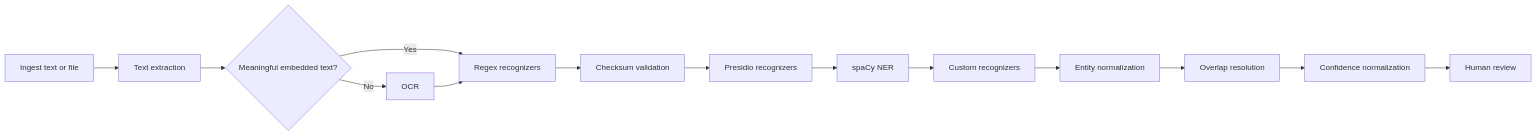
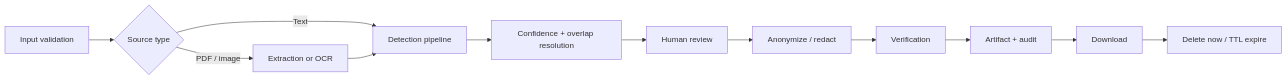
The second of 5 diagrams in docs/architecture.md (Keenan-Baird717/intelligent-pii-anonymizer), drawn with Mermaid before and after one commit. The commit also changed other lines of this file and 58 other files, not shown here.

````diff
--- a/docs/architecture.md
+++ b/docs/architecture.md
@@ -220,16 +49,14 @@
 ```mermaid
 flowchart LR
-    A[Ingest text or file] --> B[Text extraction]
-    B --> C{Meaningful embedded text?}
-    C -->|No| D[OCR]
-    C -->|Yes| E[Regex recognizers]
-    D --> E
-    E --> F[Checksum validation]
-    F --> G[Presidio recognizers]
-    G --> H[spaCy NER]
-    H --> I[Custom recognizers]
-    I --> J[Entity normalization]
-    J --> K[Overlap resolution]
-    K --> L[Confidence normalization]
-    L --> M[Human review]
+    A[Input validation] --> B{Source type}
+    B -->|Text| C[Detection pipeline]
+    B -->|PDF / image| D[Extraction or OCR]
+    D --> C
+    C --> E[Confidence + overlap resolution]
+    E --> F[Human review]
+    F --> G[Anonymize / redact]
+    G --> H[Verification]
+    H --> I[Artifact + audit]
+    I --> J[Download]
+    J --> K[Delete now / TTL expire]
 ```
````
